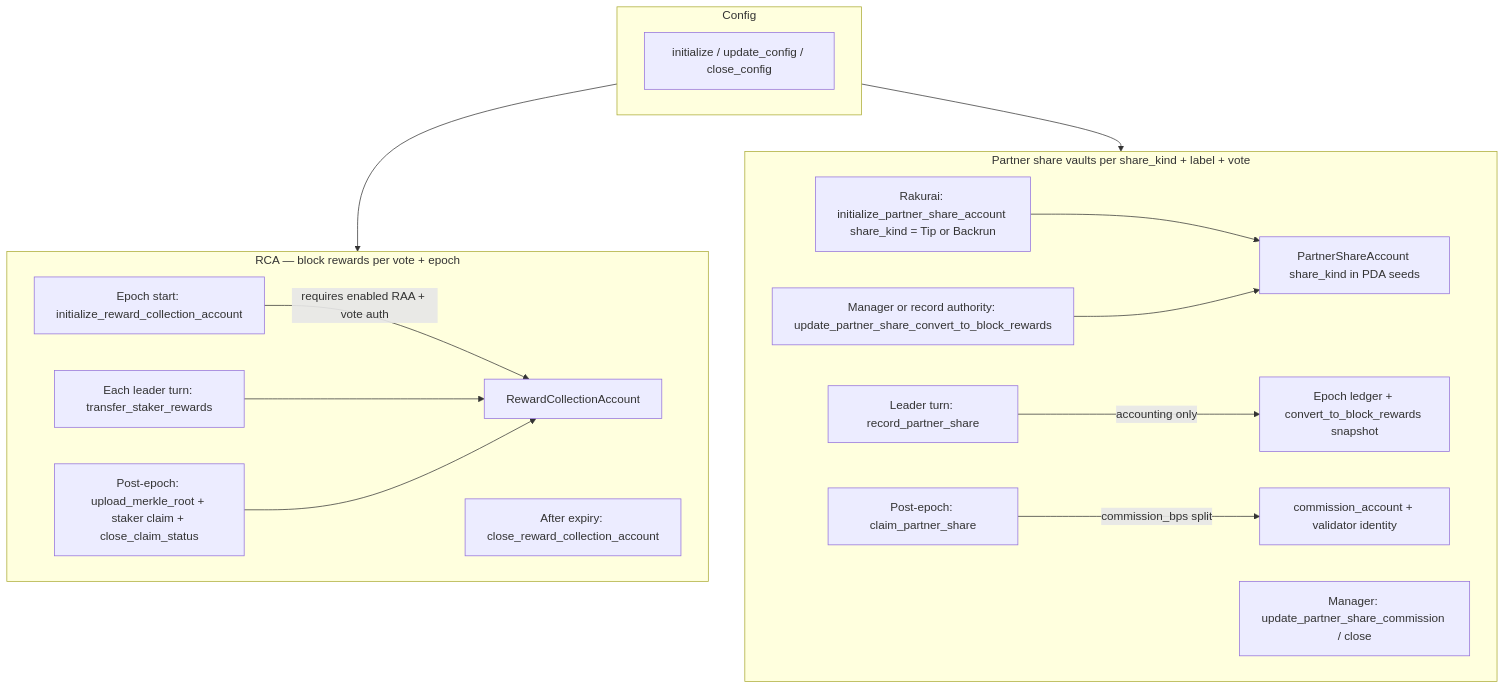
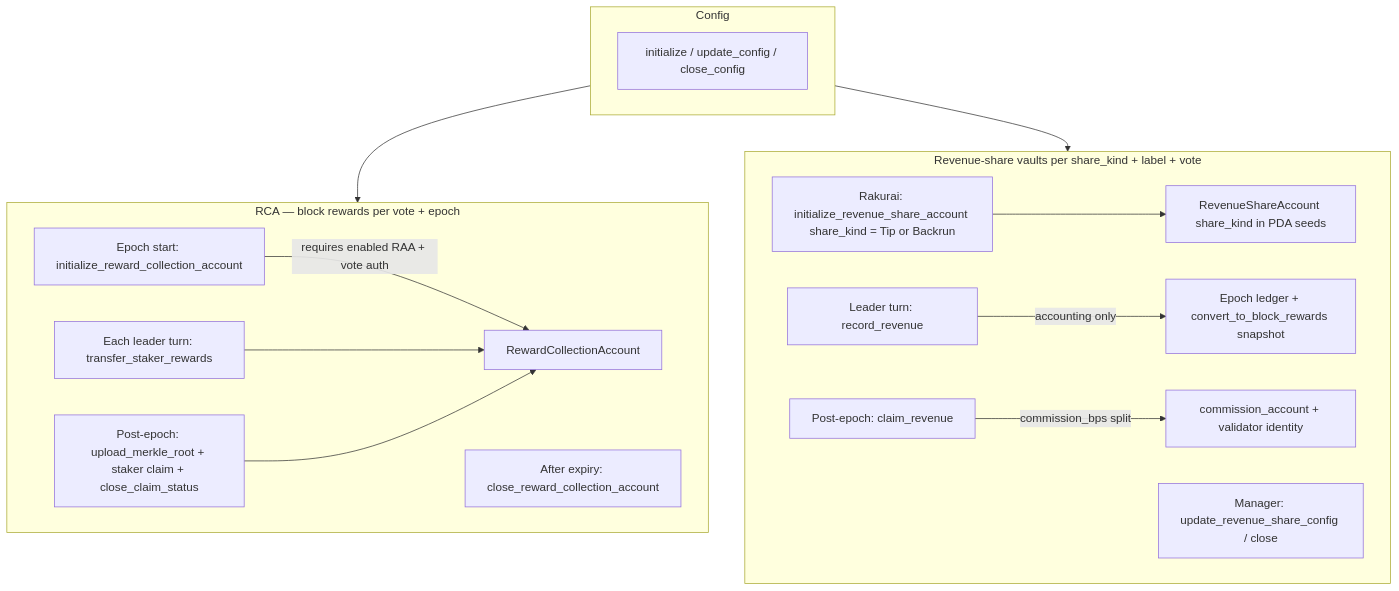
The second of 4 diagrams in diagram/program-flow-diagrams.md (rakurai-io/rakurai_programs), drawn with Mermaid before and after one commit. The commit also changed other lines of this file and 13 other files, not shown here.

````diff
--- a/diagram/program-flow-diagrams.md
+++ b/diagram/program-flow-diagrams.md
@@ -60,31 +60,29 @@
 ```mermaid
 flowchart TD
     subgraph config [Config]
         RD0[initialize / update_config / close_config]
     end
 
     subgraph rca [RCA — block rewards per vote + epoch]
         R1[Epoch start: initialize_reward_collection_account]
         R1 -->|requires enabled RAA + vote auth| RCA[RewardCollectionAccount]
         R2[Each leader turn: transfer_staker_rewards]
         R2 --> RCA
         R3[Post-epoch: upload_merkle_root + staker claim + close_claim_status]
         R3 --> RCA
         R4[After expiry: close_reward_collection_account]
     end
 
-    subgraph partner [Partner share vaults per share_kind + label + vote]
-        P0[Rakurai: initialize_partner_share_account share_kind = Tip or Backrun]
-        P0 --> PTS[PartnerShareAccount share_kind in PDA seeds]
-        P1[Leader turn: record_partner_share]
+    subgraph revenue [Revenue-share vaults per share_kind + label + vote]
+        P0[Rakurai: initialize_revenue_share_account share_kind = Tip or Backrun]
+        P0 --> PTS[RevenueShareAccount share_kind in PDA seeds]
+        P1[Leader turn: record_revenue]
         P1 -->|accounting only| LEDGER[Epoch ledger + convert_to_block_rewards snapshot]
-        P2[Post-epoch: claim_partner_share]
+        P2[Post-epoch: claim_revenue]
         P2 -->|commission_bps split| PAY[commission_account + validator identity]
-        P3[Manager: update_partner_share_commission / close]
-        P4[Manager or record authority: update_partner_share_convert_to_block_rewards]
-        P4 --> PTS
+        P3[Manager: update_revenue_share_config / close]
     end
 
     config --> rca
-    config --> partner
+    config --> revenue
 ```
````
